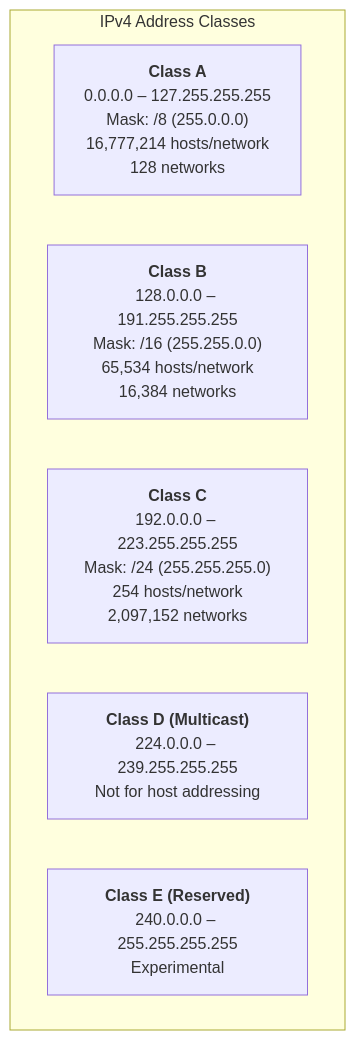
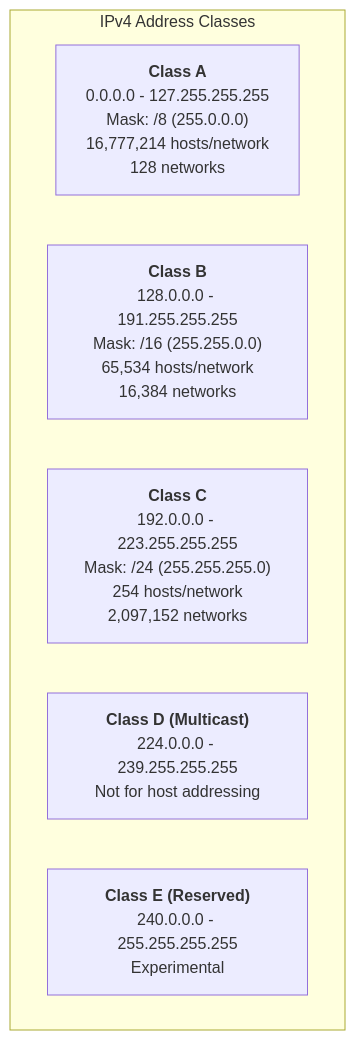
Before and after one commit to Abhinav-Kumar012/lb2: the first of 4 diagrams in src/networking/ip-addressing.md, drawn with Mermaid. The commit also changed other lines of this file and 211 other files, not shown here.

First line of the commit message:
fix: mermaid syntax issues across 212 files

````diff
--- a/src/networking/ip-addressing.md
+++ b/src/networking/ip-addressing.md
@@ -32,10 +32,10 @@
 ```mermaid
 graph TB
     subgraph "IPv4 Address Classes"
-        A["<b>Class A</b><br/>0.0.0.0 – 127.255.255.255<br/>Mask: /8 (255.0.0.0)<br/>16,777,214 hosts/network<br/>128 networks"]
-        B["<b>Class B</b><br/>128.0.0.0 – 191.255.255.255<br/>Mask: /16 (255.255.0.0)<br/>65,534 hosts/network<br/>16,384 networks"]
-        C["<b>Class C</b><br/>192.0.0.0 – 223.255.255.255<br/>Mask: /24 (255.255.255.0)<br/>254 hosts/network<br/>2,097,152 networks"]
-        D["<b>Class D (Multicast)</b><br/>224.0.0.0 – 239.255.255.255<br/>Not for host addressing"]
-        E["<b>Class E (Reserved)</b><br/>240.0.0.0 – 255.255.255.255<br/>Experimental"]
+        A["<b>Class A</b><br>0.0.0.0 - 127.255.255.255<br>Mask: /8 (255.0.0.0)<br>16,777,214 hosts/network<br>128 networks"]
+        B["<b>Class B</b><br>128.0.0.0 - 191.255.255.255<br>Mask: /16 (255.255.0.0)<br>65,534 hosts/network<br>16,384 networks"]
+        C["<b>Class C</b><br>192.0.0.0 - 223.255.255.255<br>Mask: /24 (255.255.255.0)<br>254 hosts/network<br>2,097,152 networks"]
+        D["<b>Class D (Multicast)</b><br>224.0.0.0 - 239.255.255.255<br>Not for host addressing"]
+        E["<b>Class E (Reserved)</b><br>240.0.0.0 - 255.255.255.255<br>Experimental"]
     end
 ```
````
